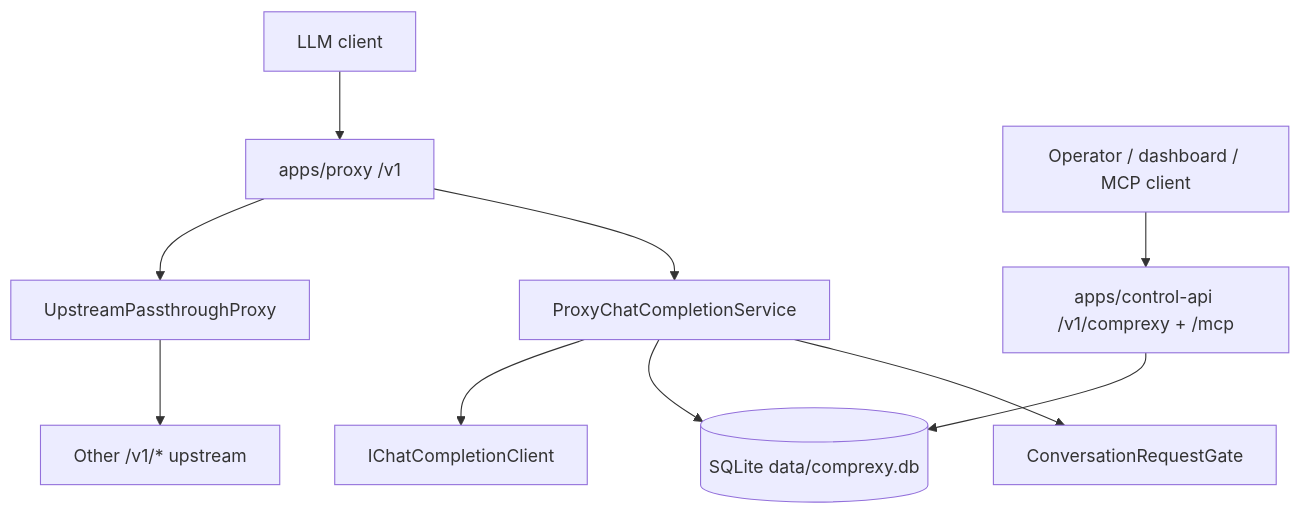
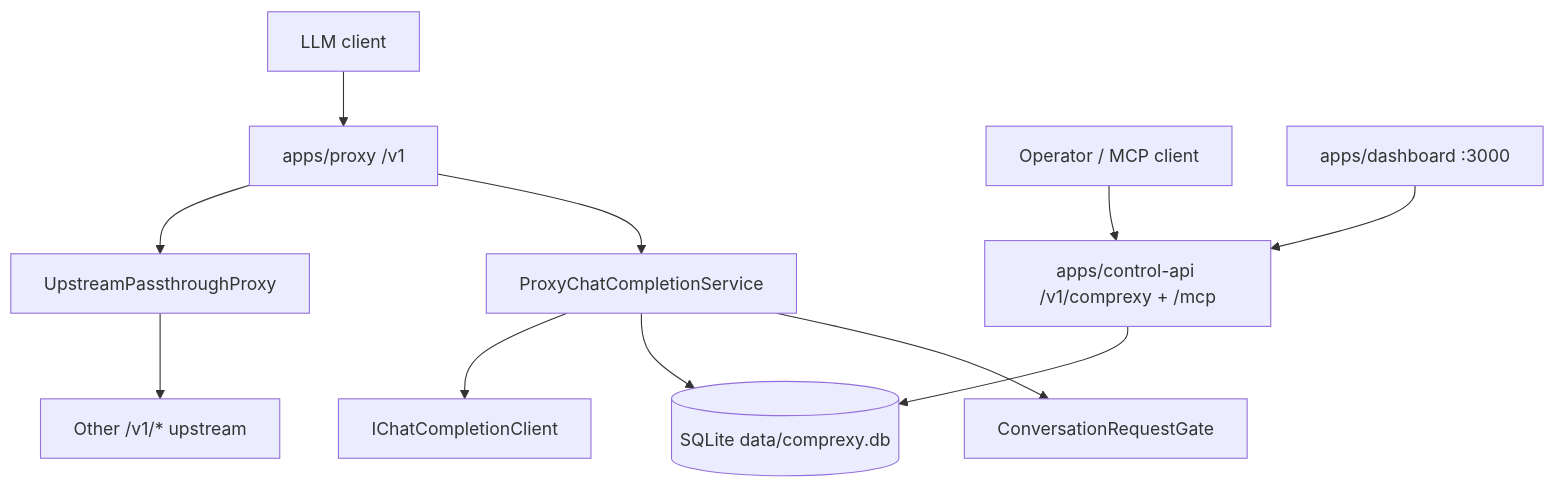
The diagram in docs/ARCHITECTURE.md (norielmallari/comprexy), drawn with Mermaid before and after one commit. The commit also changed other lines of this file and 6 other files, not shown here.

````diff
--- a/docs/ARCHITECTURE.md
+++ b/docs/ARCHITECTURE.md
@@ -41,12 +43,13 @@
 ```mermaid
 flowchart TB
   Client[LLM client] --> Api["apps/proxy /v1"]
   Api --> Proxy[ProxyChatCompletionService]
   Proxy --> Gate[ConversationRequestGate]
   Proxy --> DB[(SQLite data/comprexy.db)]
   Proxy --> Upstream[IChatCompletionClient]
   Api --> Pass[UpstreamPassthroughProxy]
   Pass --> Provider[Other /v1/* upstream]
-  Ops[Operator / dashboard / MCP client] --> Control["apps/control-api /v1/comprexy + /mcp"]
+  Ops[Operator / MCP client] --> Control["apps/control-api /v1/comprexy + /mcp"]
+  Dashboard["apps/dashboard :3000"] --> Control
   Control --> DB
 ```
````
